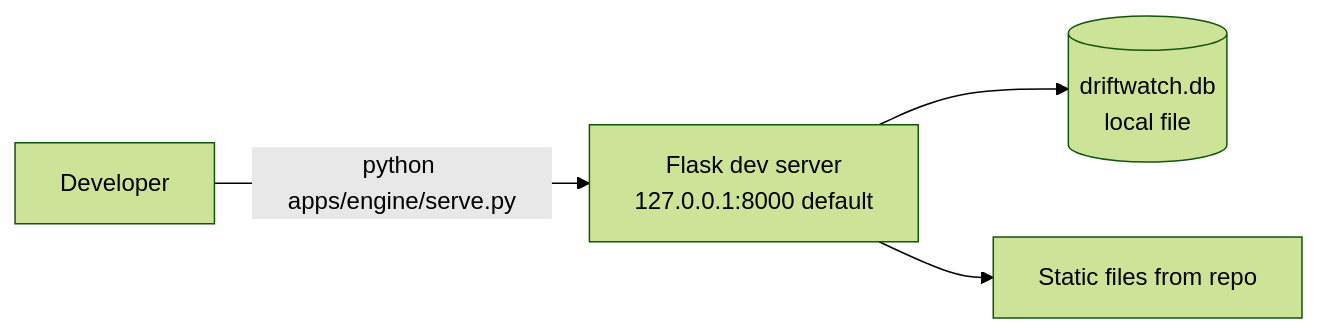
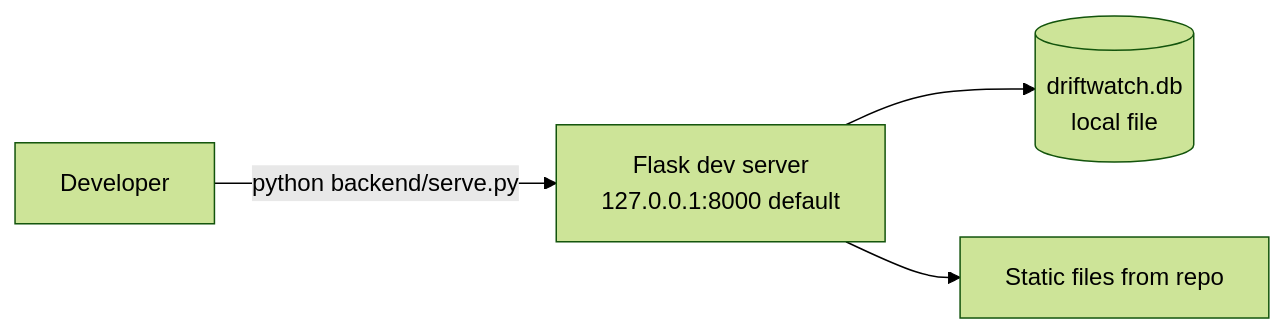
Before and after one commit to Hydra-Of-Malice/Driftwatch: the sixth of 6 diagrams in docs/03_Architecture/HLD.md, drawn with Mermaid (forest theme). The commit also changed other lines of this file and 31 other files, not shown here.

````diff
--- a/docs/03_Architecture/HLD.md
+++ b/docs/03_Architecture/HLD.md
@@ -246,6 +246,6 @@
 ```mermaid
 flowchart LR
-  DEV[Developer] -->|python apps/engine/serve.py| PROC[Flask dev server<br/>127.0.0.1:8000 default]
+  DEV[Developer] -->|python backend/serve.py| PROC[Flask dev server<br/>127.0.0.1:8000 default]
   PROC --> SQLITE[(driftwatch.db<br/>local file)]
   PROC --> STATIC[Static files from repo]
 ```
````
